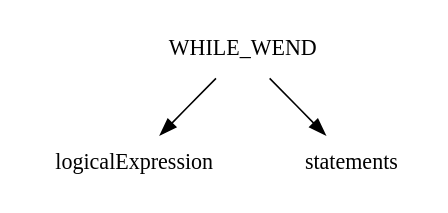
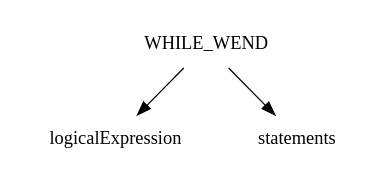
Before and after one commit to vehre/aspa_cscc: the diagram in doc/whend.dot, drawn with Graphviz. The commit also changed 8 other files, not shown here.

```diff
--- a/doc/whend.dot
+++ b/doc/whend.dot
@@ -1,6 +1,6 @@
 digraph L0 {
-        size = "3,2.5";
+        size = "2.5,2.5";
         ordering=out;
         node [shape = plaintext];
         WHILE_WEND -> {logicalExpression statements};
 }
```
